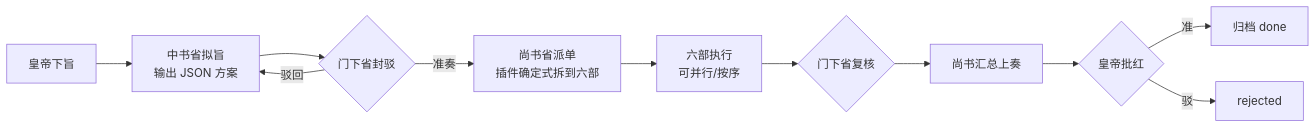
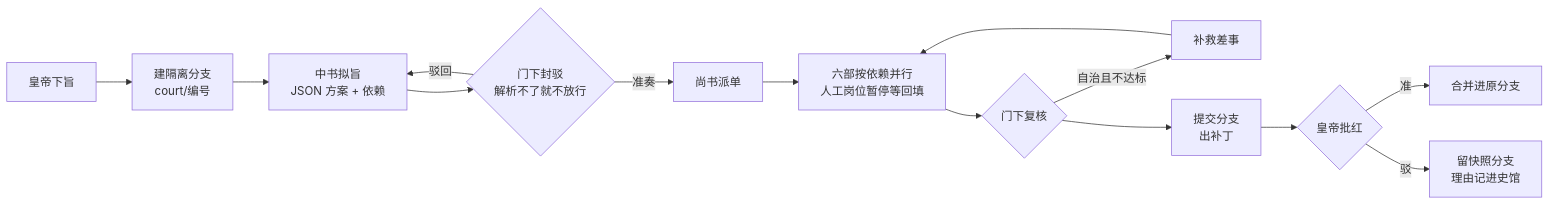
One commit to shilaoban666/dsh-imperial-court changed the diagram in README.md. Above: the diagram before and after it, drawn with Mermaid. The commit also changed other lines of this file and 37 other files, not shown here.

````diff
--- a/README.md
+++ b/README.md
@@ -116,13 +138,15 @@
 ```mermaid
 flowchart LR
-  E[皇帝下旨] --> Z[中书省拟旨<br/>输出 JSON 方案]
-  Z --> M{门下省封驳}
+  E[皇帝下旨] --> W[建隔离分支<br/>court/编号]
+  W --> Z[中书拟旨<br/>JSON 方案 + 依赖]
+  Z --> M{门下封驳<br/>解析不了就不放行}
   M -- 驳回 --> Z
-  M -- 准奏 --> S[尚书省派单<br/>插件确定式拆到六部]
-  S --> L[六部执行<br/>可并行/按序]
-  L --> R{门下省复核}
-  R --> F[尚书汇总上奏]
-  F --> A{皇帝批红}
-  A -- 准 --> D[归档 done]
-  A -- 驳 --> X[rejected]
+  M -- 准奏 --> S[尚书派单]
+  S --> L[六部按依赖并行<br/>人工岗位暂停等回填]
+  L --> R{门下复核}
+  R -- 自治且不达标 --> F[补救差事] --> L
+  R --> C[提交分支<br/>出补丁]
+  C --> A{皇帝批红}
+  A -- 准 --> G[合并进原分支]
+  A -- 驳 --> X[留快照分支<br/>理由记进史馆]
 ```
````
